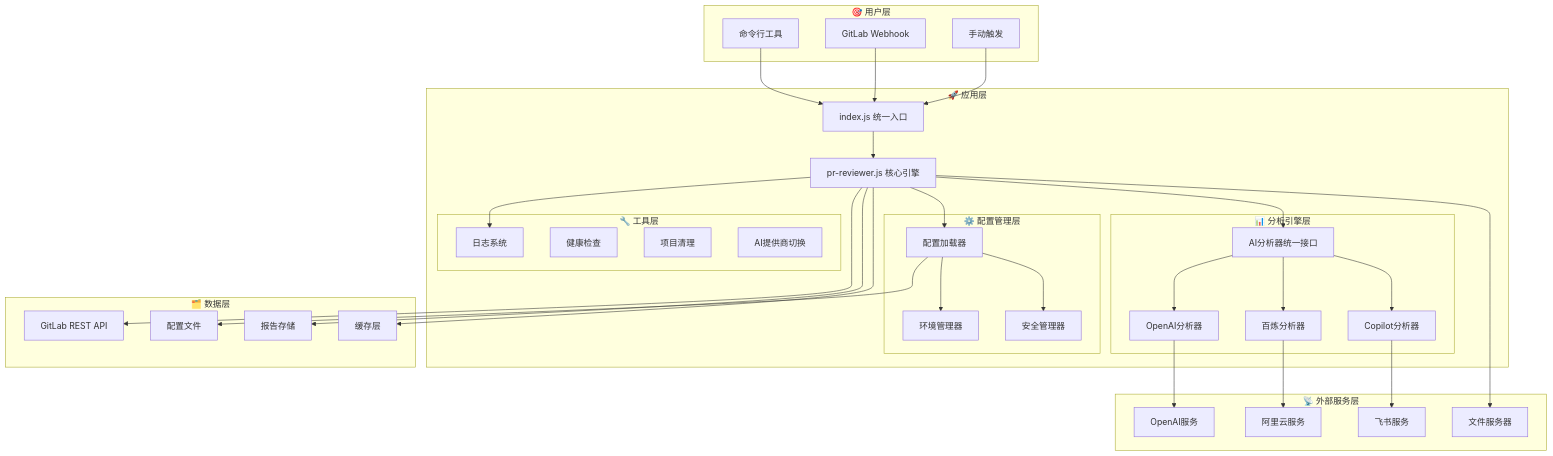
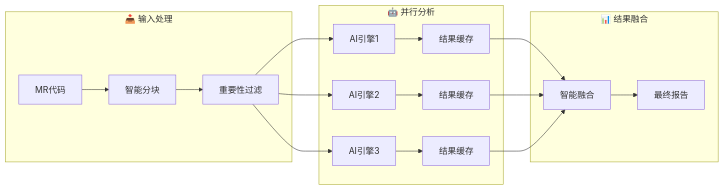
Before and after one commit to zFDT/pr_auto_review: the second of 5 diagrams in docs/COMPREHENSIVE_TECH_SHARING.md, drawn with Mermaid. The commit also changed other lines of this file and 1 other file, not shown here.

````diff
--- a/docs/COMPREHENSIVE_TECH_SHARING.md
+++ b/docs/COMPREHENSIVE_TECH_SHARING.md
@@ -122,73 +92,24 @@
 ```mermaid
-graph TB
-    subgraph "🎯 用户层"
-        CLI[命令行工具]
-        WebHook[GitLab Webhook]
-        ManualTrigger[手动触发]
+graph LR
+    subgraph "📥 输入处理"
+        Input[MR代码] --> Chunk[智能分块]
+        Chunk --> Filter[重要性过滤]
     end
     
-    subgraph "🚀 应用层"
-        EntryPoint[index.js 统一入口]
-        PRReviewer[pr-reviewer.js 核心引擎]
+    subgraph "🤖 并行分析"
+        Filter --> AI1[AI引擎1]
+        Filter --> AI2[AI引擎2]
+        Filter --> AI3[AI引擎3]
         
-        subgraph "📊 分析引擎层"
-            AIAnalyzer[AI分析器统一接口]
-            OpenAIAnalyzer[OpenAI分析器]
-            CopilotAnalyzer[Copilot分析器]
-            BailianAnalyzer[百炼分析器]
-        end
-        
-        subgraph "⚙️ 配置管理层"
-            ConfigLoader[配置加载器]
-            EnvManager[环境管理器]
-            SecurityManager[安全管理器]
-        end
-        
-        subgraph "🔧 工具层"
-            Logger[日志系统]
-            HealthCheck[健康检查]
-            ProjectCleaner[项目清理]
-            AIProviderSwitcher[AI提供商切换]
-        end
+        AI1 --> Cache1[结果缓存]
+        AI2 --> Cache2[结果缓存] 
+        AI3 --> Cache3[结果缓存]
     end
     
-    subgraph "🗂️ 数据层"
-        GitLabAPI[GitLab REST API]
-        ConfigFiles[配置文件]
-        ReportStorage[报告存储]
-        CacheLayer[缓存层]
+    subgraph "📊 结果融合"
+        Cache1 --> Merge[智能融合]
+        Cache2 --> Merge
+        Cache3 --> Merge
+        Merge --> Report[最终报告]
     end
-    
-    subgraph "📡 外部服务层"
-        OpenAIService[OpenAI服务]
-        AliyunService[阿里云服务]
-        FeishuService[飞书服务]
-        FileServer[文件服务器]
-    end
-    
-    CLI --> EntryPoint
-    WebHook --> EntryPoint
-    ManualTrigger --> EntryPoint
-    
-    EntryPoint --> PRReviewer
-    PRReviewer --> AIAnalyzer
-    PRReviewer --> ConfigLoader
-    PRReviewer --> Logger
-    
-    AIAnalyzer --> OpenAIAnalyzer
-    AIAnalyzer --> CopilotAnalyzer
-    AIAnalyzer --> BailianAnalyzer
-    
-    ConfigLoader --> ConfigFiles
-    ConfigLoader --> EnvManager
-    ConfigLoader --> SecurityManager
-    
-    PRReviewer --> GitLabAPI
-    PRReviewer --> ReportStorage
-    PRReviewer --> CacheLayer
-    
-    OpenAIAnalyzer --> OpenAIService
-    CopilotAnalyzer --> FeishuService
-    BailianAnalyzer --> AliyunService
-    PRReviewer --> FileServer
 ```
````
